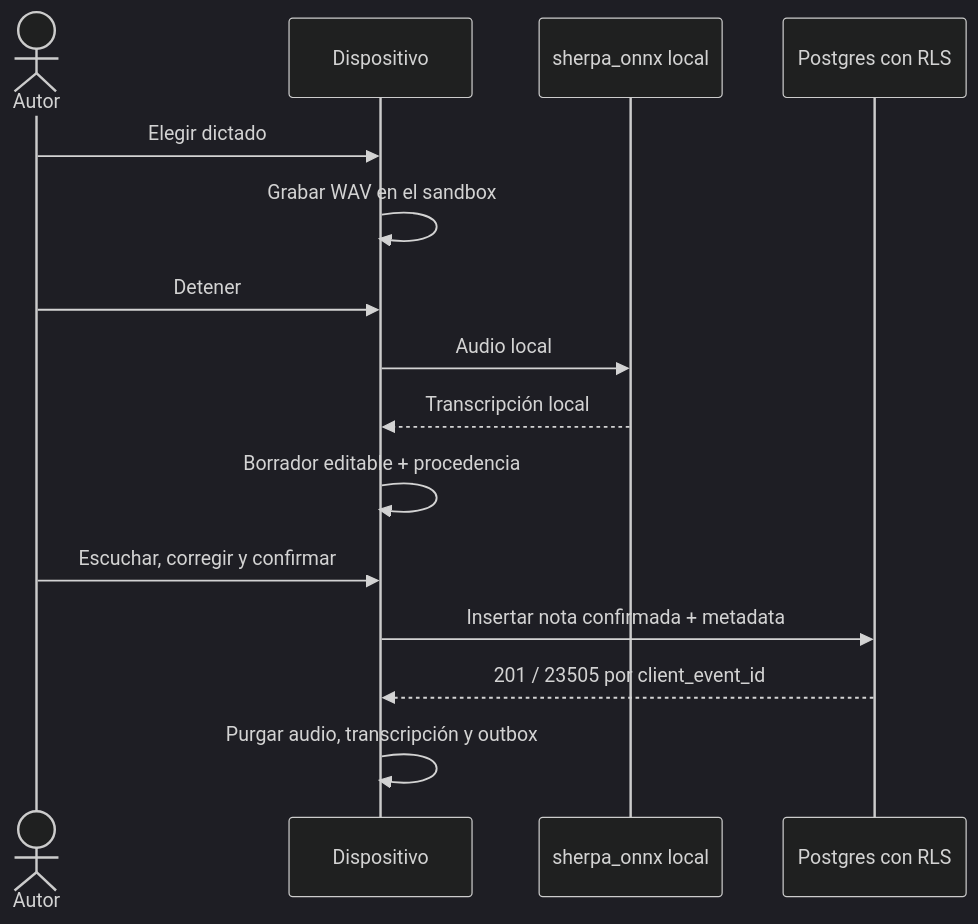
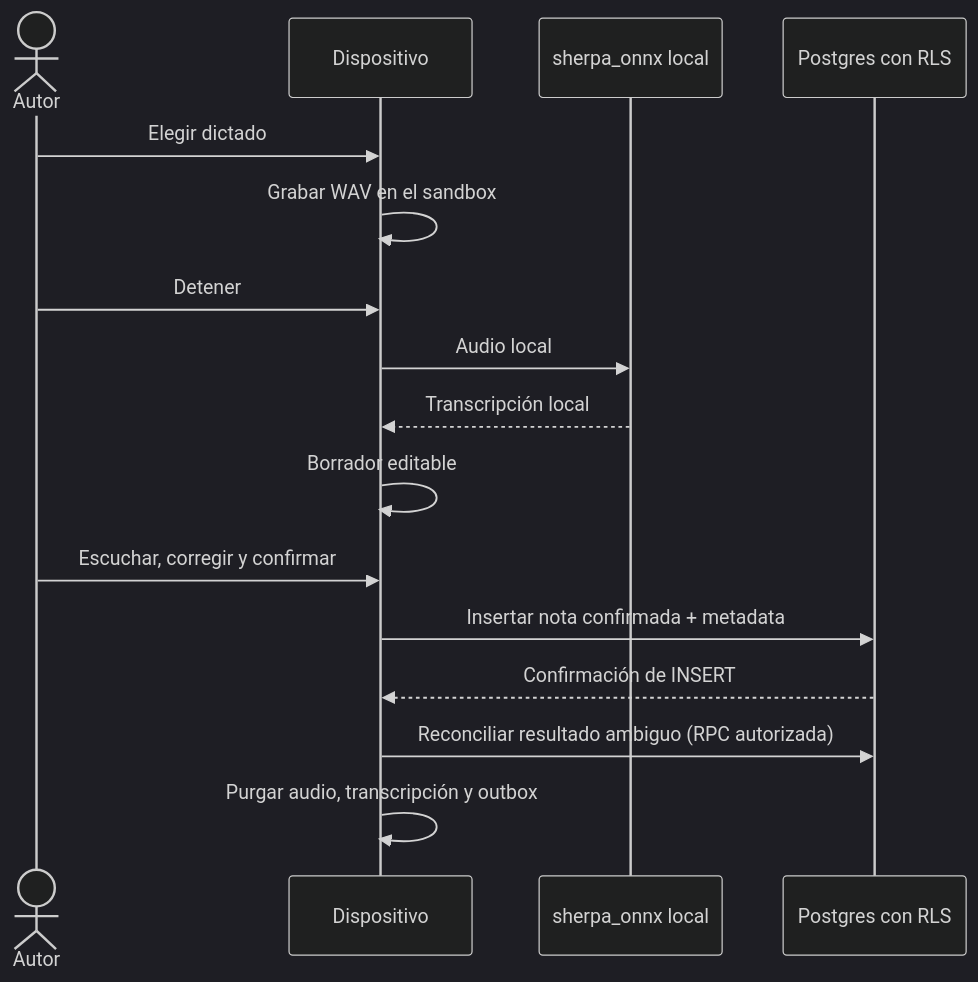
Before and after one commit to panxoyk/carer-record-app: the diagram in docs/foundation/flows/audio-note.md, drawn with Mermaid (dark theme). The commit also changed other lines of this file and 17 other files, not shown here.

````diff
--- a/docs/foundation/flows/audio-note.md
+++ b/docs/foundation/flows/audio-note.md
@@ -46,17 +46,18 @@
 ```mermaid
 sequenceDiagram
   actor A as Autor
   participant App as Dispositivo
   participant ASR as sherpa_onnx local
   participant DB as Postgres con RLS
   A->>App: Elegir dictado
   App->>App: Grabar WAV en el sandbox
   A->>App: Detener
   App->>ASR: Audio local
   ASR-->>App: Transcripción local
-  App->>App: Borrador editable + procedencia
+  App->>App: Borrador editable
   A->>App: Escuchar, corregir y confirmar
   App->>DB: Insertar nota confirmada + metadata
-  DB-->>App: 201 / 23505 por client_event_id
+  DB-->>App: Confirmación de INSERT
+  App->>DB: Reconciliar resultado ambiguo (RPC autorizada)
   App->>App: Purgar audio, transcripción y outbox
 ```
````
